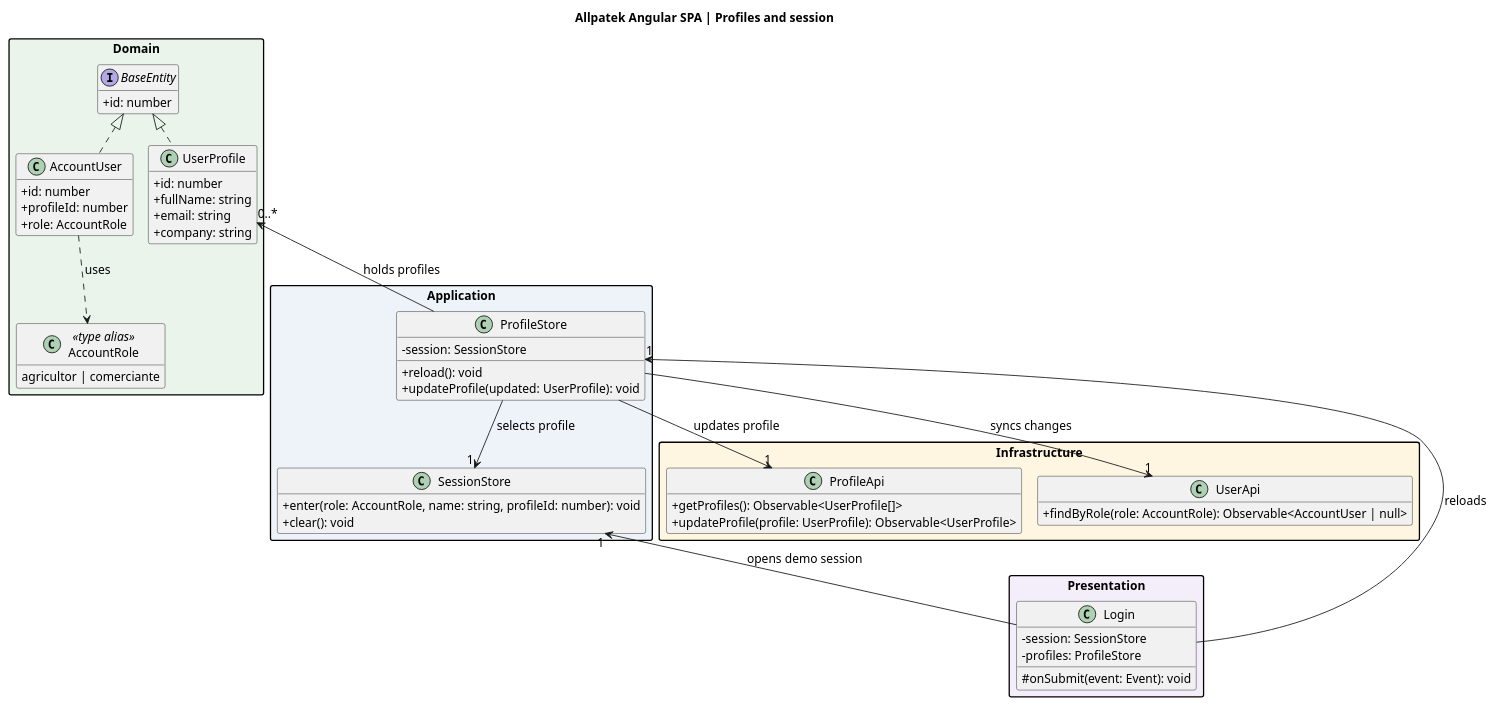
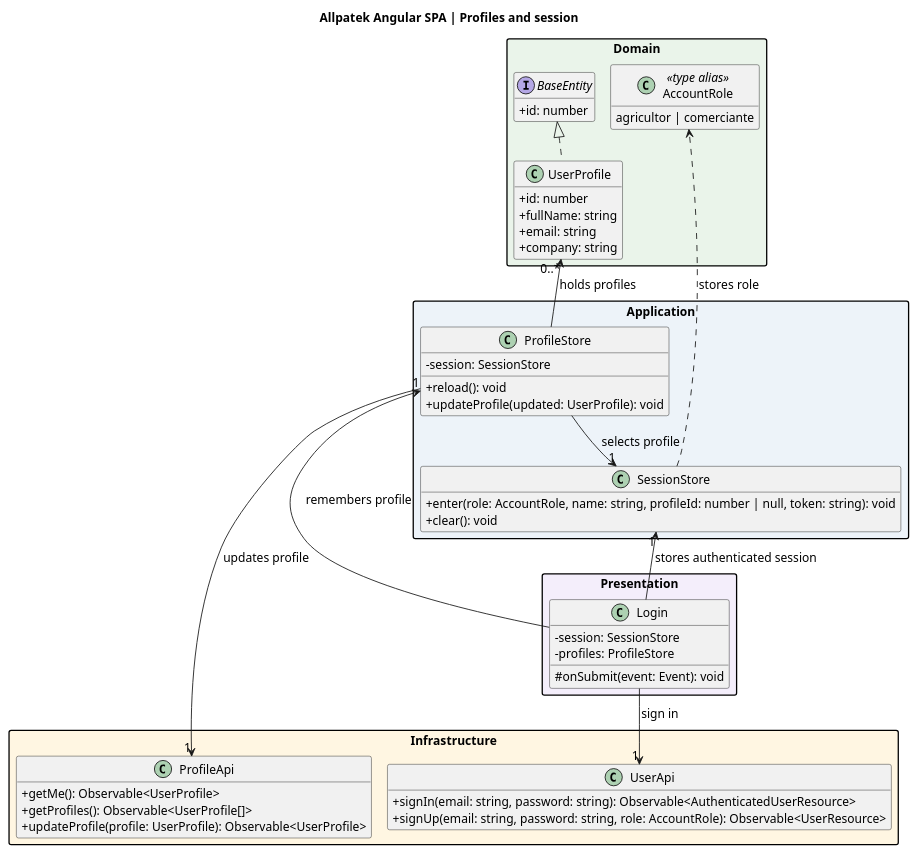
One commit to upc-pre-202620-1asi0729-7753-Terranova/allpatek-report changed the diagram in assets/chapter-04/architecture/web-classes-profiles.puml. Above: the diagram before and after it, drawn with PlantUML. The commit also changed 3 other files, not shown here.

Commit message:
docs(uml): reflect token login and current profile loading

```diff
--- a/assets/chapter-04/architecture/web-classes-profiles.puml
+++ b/assets/chapter-04/architecture/web-classes-profiles.puml
@@ -1,66 +1,62 @@
 @startuml
 !pragma layout smetana
 skinparam backgroundColor white
 skinparam defaultFontName SansSerif
 skinparam defaultFontSize 14
 skinparam shadowing false
 skinparam classAttributeIconSize 0
 skinparam packageStyle rectangle
 hide empty members
 title Allpatek Angular SPA | Profiles and session
 package "Domain" #EAF4EA {
 interface BaseEntity {
   +id: number
 }
 class UserProfile {
   +id: number
   +fullName: string
   +email: string
   +company: string
 }
-class AccountUser {
-  +id: number
-  +profileId: number
-  +role: AccountRole
-}
 class AccountRole <<type alias>> {
   {field} agricultor | comerciante
 }
 }
 package "Application" #EDF3F9 {
 class ProfileStore {
   -session: SessionStore
   +reload(): void
   +updateProfile(updated: UserProfile): void
 }
 class SessionStore {
-  +enter(role: AccountRole, name: string, profileId: number): void
+  +enter(role: AccountRole, name: string, profileId: number | null, token: string): void
   +clear(): void
 }
 }
 package "Infrastructure" #FFF6E2 {
 class ProfileApi {
+  +getMe(): Observable<UserProfile>
   +getProfiles(): Observable<UserProfile[]>
   +updateProfile(profile: UserProfile): Observable<UserProfile>
 }
 class UserApi {
-  +findByRole(role: AccountRole): Observable<AccountUser | null>
+  +signIn(email: string, password: string): Observable<AuthenticatedUserResource>
+  +signUp(email: string, password: string, role: AccountRole): Observable<UserResource>
 }
 }
 package "Presentation" #F4EEFB {
 class Login {
   -session: SessionStore
   -profiles: ProfileStore
   #onSubmit(event: Event): void
 }
 }
-BaseEntity <|.. AccountUser
 BaseEntity <|.. UserProfile
-AccountUser ..> AccountRole : uses
+SessionStore ..> AccountRole : stores role
 ProfileStore -up-> "0..*" UserProfile : holds profiles
 ProfileStore --> "1" ProfileApi : updates profile
-ProfileStore --> "1" UserApi : syncs changes
+Login --> "1" UserApi : sign in
 ProfileStore --> "1" SessionStore : selects profile
-Login -up-> "1" SessionStore : opens demo session
-Login -up-> "1" ProfileStore : reloads
+Login -up-> "1" SessionStore : stores authenticated session
+Login -up-> "1" ProfileStore : remembers profile
 @enduml
```
